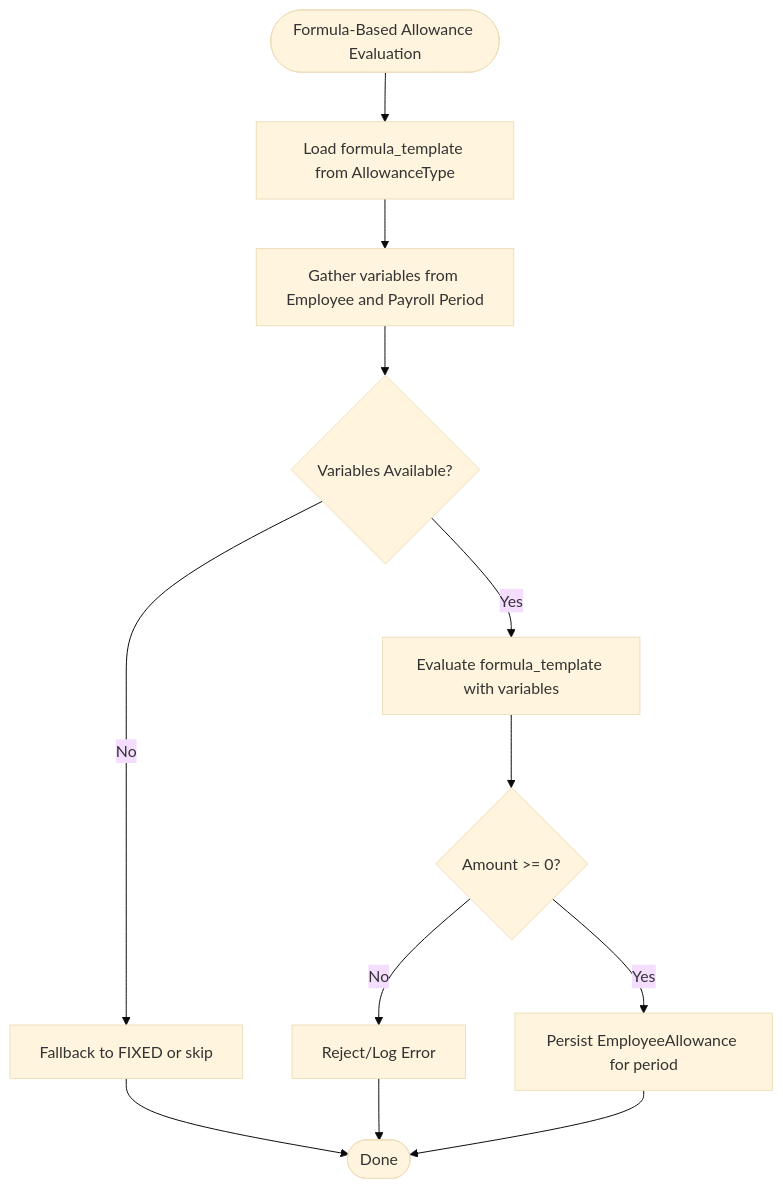
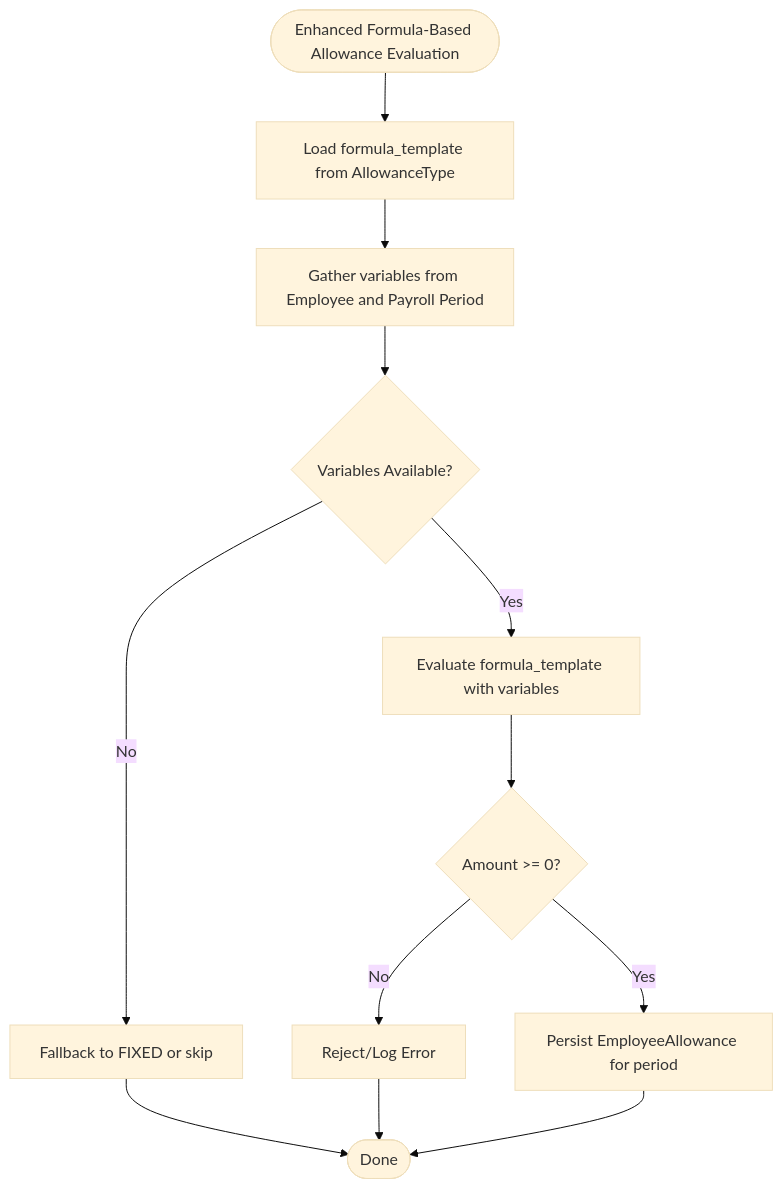
Before and after one commit to bikinaplikasipakeqoder-dot/payroll-hris: the third of 4 diagrams in .qoder/repowiki/en/content/Salary & Compensation.md, drawn with Mermaid (base theme). The commit also changed other lines of this file and 22 other files, not shown here.

````diff
--- a/.qoder/repowiki/en/content/Salary & Compensation.md
+++ b/.qoder/repowiki/en/content/Salary & Compensation.md
@@ -434,14 +530,14 @@
 ```mermaid
 flowchart TD
-Start(["Formula-Based Allowance Evaluation"]) --> LoadTemplate["Load formula_template from AllowanceType"]
+Start(["Enhanced Formula-Based Allowance Evaluation"]) --> LoadTemplate["Load formula_template from AllowanceType"]
 LoadTemplate --> GatherVars["Gather variables from Employee and Payroll Period"]
 GatherVars --> ValidateVars{"Variables Available?"}
 ValidateVars --> |No| Fallback["Fallback to FIXED or skip"]
 ValidateVars --> |Yes| Evaluate["Evaluate formula_template with variables"]
 Evaluate --> AmountCheck{"Amount >= 0?"}
 AmountCheck --> |No| Error["Reject/Log Error"]
 AmountCheck --> |Yes| Persist["Persist EmployeeAllowance for period"]
 Persist --> End(["Done"])
 Fallback --> End
 Error --> End
 ```
````
